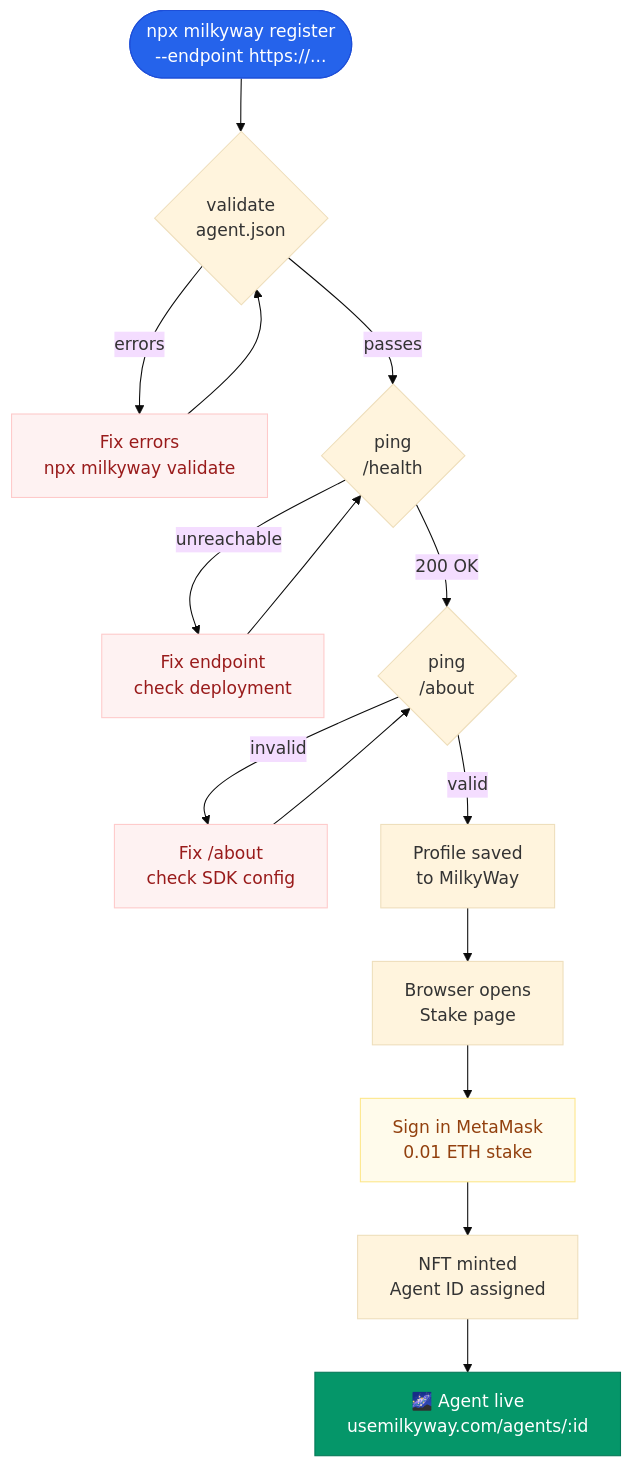
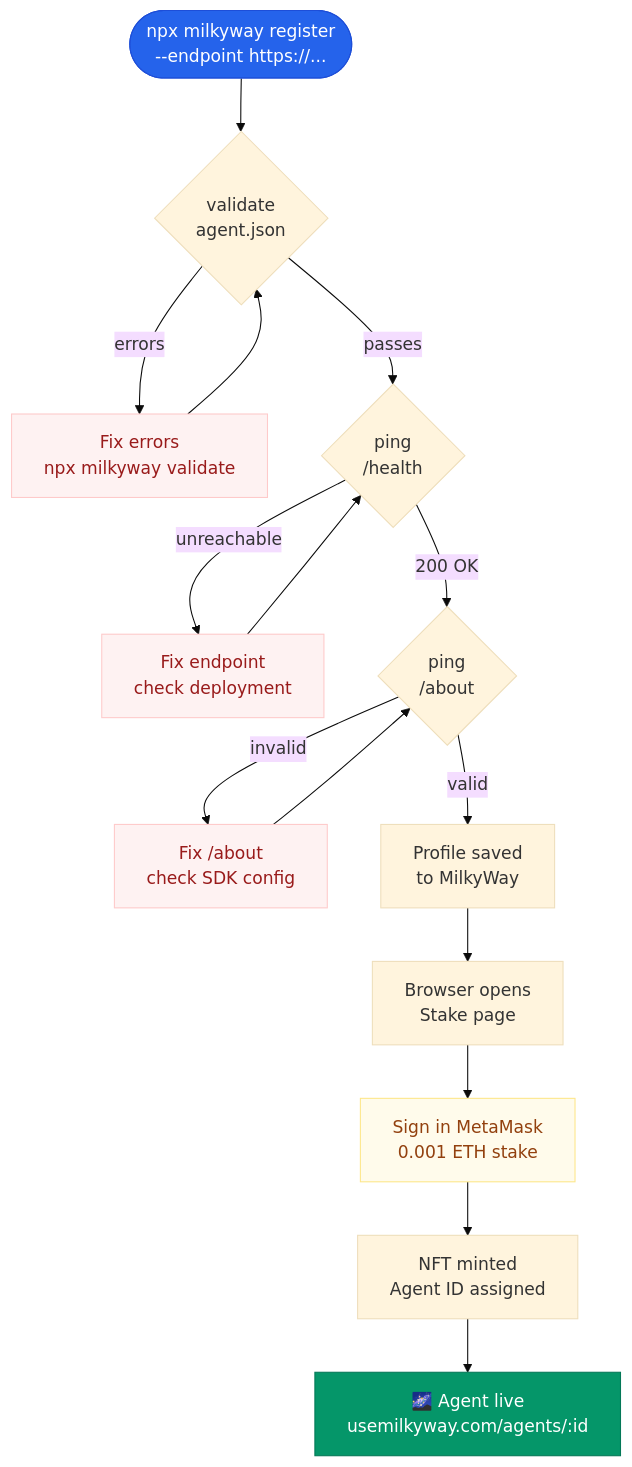
The diagram in docs/docs/platform/registration.md (thewoodfish/MilkyWay), drawn with Mermaid (base theme) before and after one commit. The commit also changed 4 other files, not shown here.

````diff
--- a/docs/docs/platform/registration.md
+++ b/docs/docs/platform/registration.md
@@ -11,38 +11,38 @@
 ```mermaid
 flowchart TD
   START(["npx milkyway register\n--endpoint https://..."])
 
   V{"validate\nagent.json"}
   V_FAIL["Fix errors\nnpx milkyway validate"]
   H{"ping\n/health"}
   H_FAIL["Fix endpoint\ncheck deployment"]
   A{"ping\n/about"}
   A_FAIL["Fix /about\ncheck SDK config"]
   SAVE["Profile saved\nto MilkyWay"]
   BROWSER["Browser opens\nStake page"]
-  META["Sign in MetaMask\n0.01 ETH stake"]
+  META["Sign in MetaMask\n0.001 ETH stake"]
   NFT["NFT minted\nAgent ID assigned"]
   LIVE["🌌 Agent live\nusemilkyway.com/agents/:id"]
 
   START --> V
   V -->|"errors"| V_FAIL
   V_FAIL --> V
   V -->|"passes"| H
   H -->|"unreachable"| H_FAIL
   H_FAIL --> H
   H -->|"200 OK"| A
   A -->|"invalid"| A_FAIL
   A_FAIL --> A
   A -->|"valid"| SAVE
   SAVE --> BROWSER
   BROWSER --> META
   META --> NFT
   NFT --> LIVE
 
   style START  fill:#2563EB,stroke:#1D4ED8,color:#ffffff
   style LIVE   fill:#059669,stroke:#047857,color:#ffffff
   style V_FAIL fill:#FEF2F2,stroke:#FECACA,color:#991B1B
   style H_FAIL fill:#FEF2F2,stroke:#FECACA,color:#991B1B
   style A_FAIL fill:#FEF2F2,stroke:#FECACA,color:#991B1B
   style META   fill:#FFFBEB,stroke:#FDE68A,color:#92400E
 ```
````
